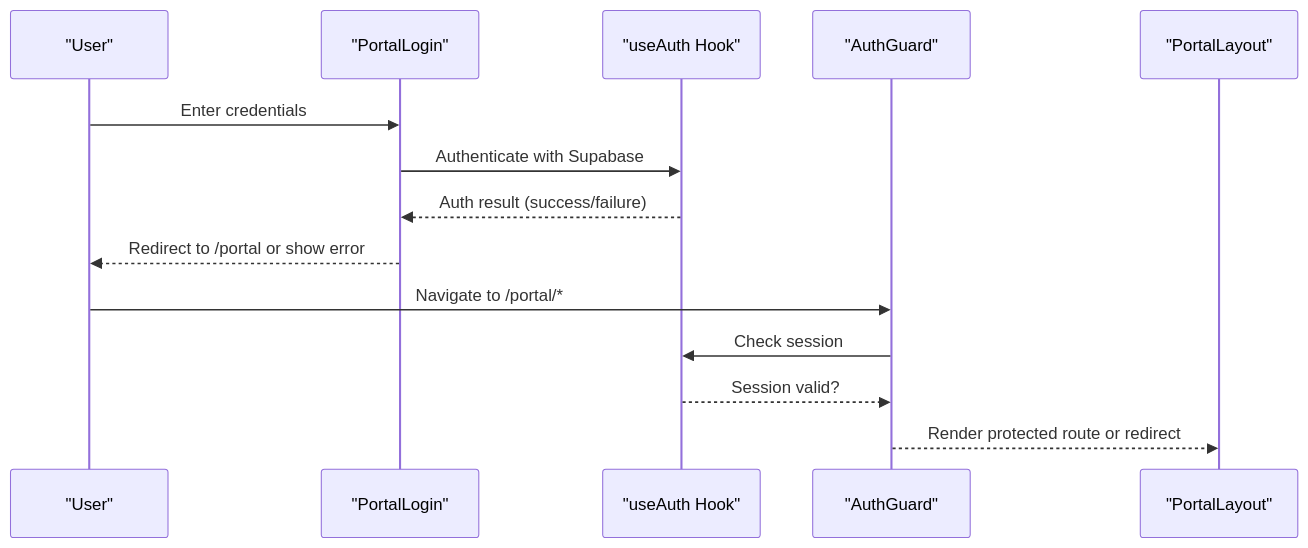
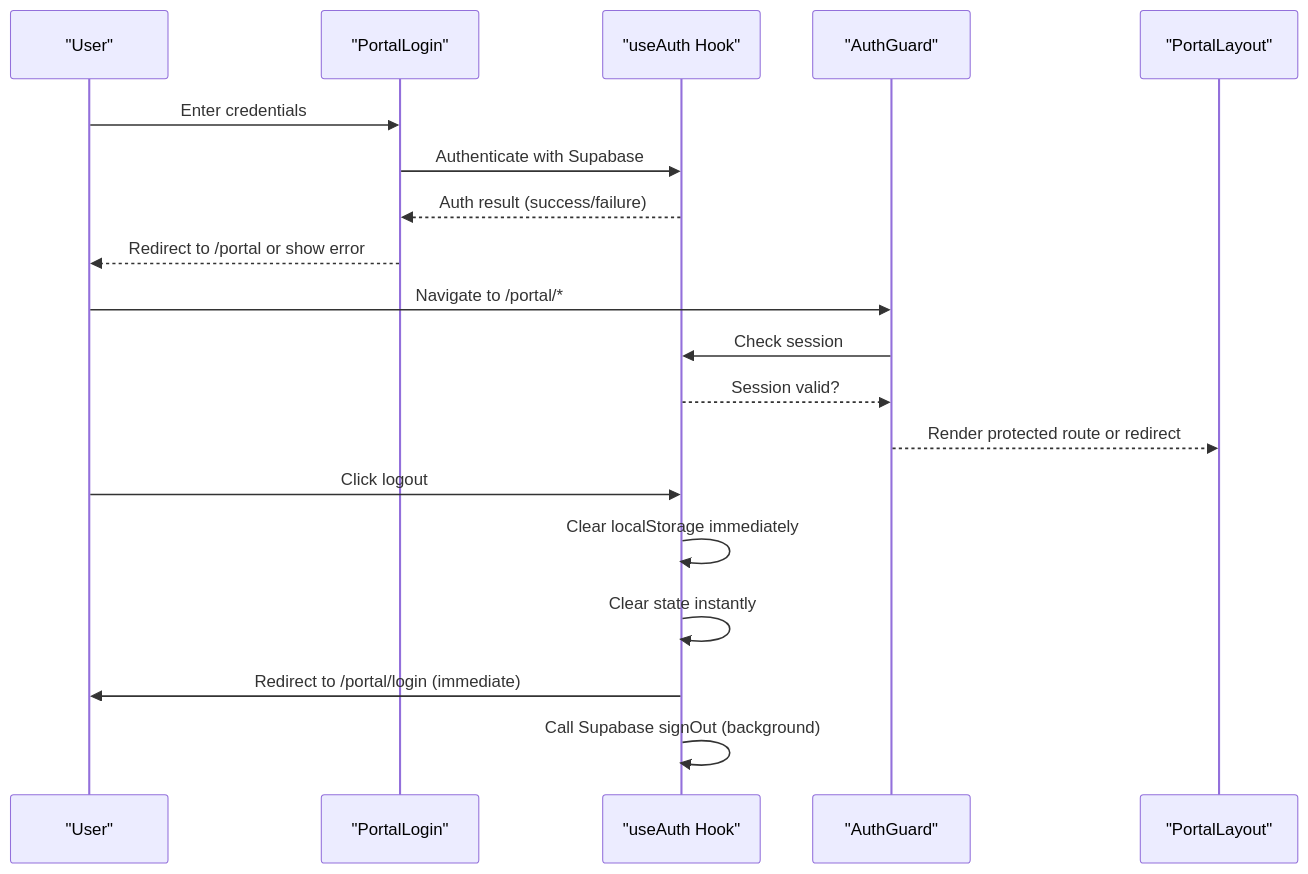
One commit to Hawky1/ryland changed the third of 6 diagrams in .qoder/repowiki/en/content/Partner Portal System.md. Above: the diagram before and after it, drawn with Mermaid. The commit also changed other lines of this file and 4 other files, not shown here.

````diff
--- a/.qoder/repowiki/en/content/Partner Portal System.md
+++ b/.qoder/repowiki/en/content/Partner Portal System.md
@@ -249,16 +259,21 @@
 ```mermaid
 sequenceDiagram
 participant U as "User"
 participant RL as "PortalLogin"
 participant AU as "useAuth Hook"
 participant AG as "AuthGuard"
 participant PL as "PortalLayout"
 U->>RL : Enter credentials
 RL->>AU : Authenticate with Supabase
 AU-->>RL : Auth result (success/failure)
 RL-->>U : Redirect to /portal or show error
 U->>AG : Navigate to /portal/*
 AG->>AU : Check session
 AU-->>AG : Session valid?
 AG-->>PL : Render protected route or redirect
+U->>AU : Click logout
+AU->>AU : Clear localStorage immediately
+AU->>AU : Clear state instantly
+AU->>U : Redirect to /portal/login (immediate)
+AU->>AU : Call Supabase signOut (background)
 ```
````
